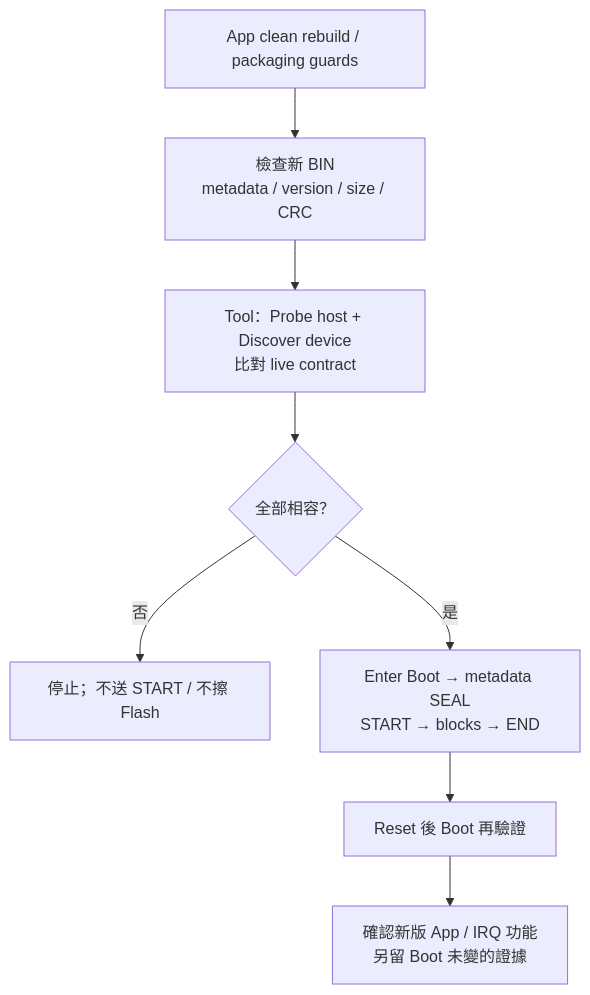
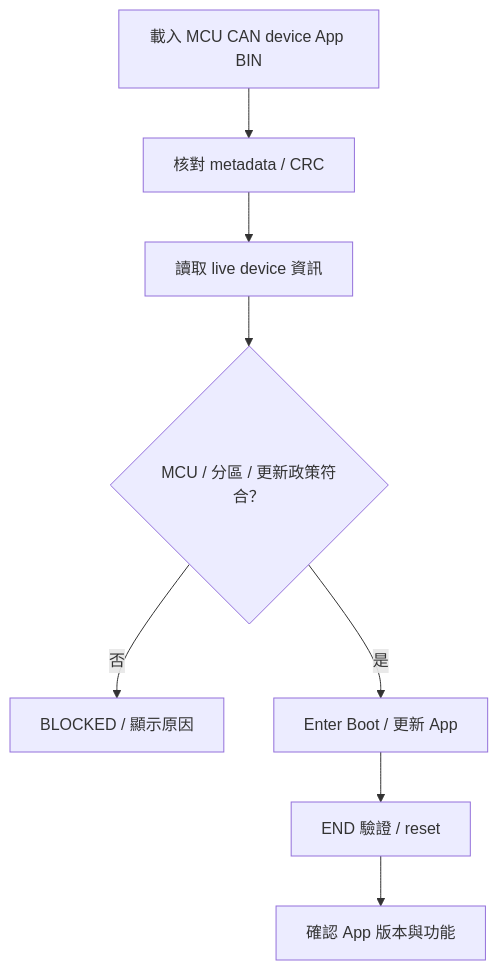
Before and after one commit to released/slide_isp_tool_for_RL78: the first of 14 diagrams in index.md, drawn with Mermaid. The commit also changed other lines of this file and 2 other files, not shown here.

````diff
--- a/index.md
+++ b/index.md
@@ -475,10 +172,10 @@
 ```mermaid
 flowchart TD
-    BUILD["App clean rebuild / packaging guards"] --> OFF["檢查新 BIN<br/>metadata / version / size / CRC"]
-    OFF --> LIVE["Tool：Probe host + Discover device<br/>比對 live contract"]
-    LIVE --> OK{"全部相容？"}
-    OK -->|"否"| STOP["停止；不送 START / 不擦 Flash"]
-    OK -->|"是"| CAN["Enter Boot → metadata SEAL<br/>START → blocks → END"]
-    CAN --> RESET["Reset 後 Boot 再驗證"]
-    RESET --> APP["確認新版 App / IRQ 功能<br/>另留 Boot 未變的證據"]
+    LOAD["載入 MCU CAN device App BIN"] --> FILE["核對 metadata / CRC"]
+    FILE --> DISCOVER["讀取 live device 資訊"]
+    DISCOVER --> MATCH{"MCU / 分區 / 更新政策符合？"}
+    MATCH -->|否| STOP["BLOCKED / 顯示原因"]
+    MATCH -->|是| ENTER["Enter Boot / 更新 App"]
+    ENTER --> END["END 驗證 / reset"]
+    END --> APP["確認 App 版本與功能"]
 ```
````
